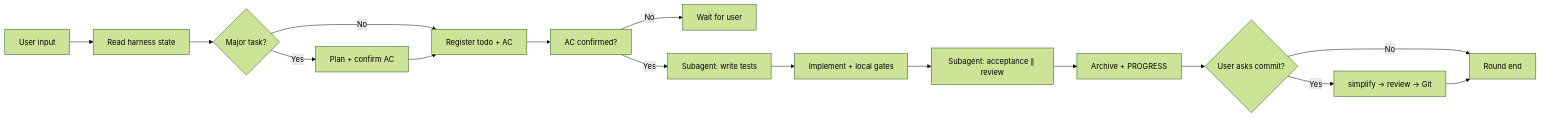
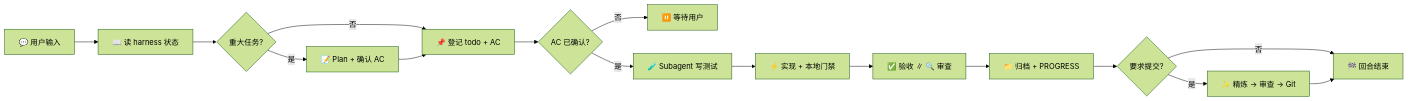
Before and after one commit to HYX-LHJ/mini-harness: the diagram in README.md, drawn with Mermaid (forest theme). The commit also changed other lines of this file and 4 other files, not shown here.

````diff
--- a/README.md
+++ b/README.md
@@ -108,18 +89,18 @@
 ```mermaid
 flowchart LR
-    A["User input"] --> B["Read harness state"]
-    B --> C{"Major task?"}
-    C -->|Yes| D["Plan + confirm AC"]
-    C -->|No| E["Register todo + AC"]
+    A["💬 用户输入"] --> B["📖 读 harness 状态"]
+    B --> C{"重大任务?"}
+    C -->|是| D["📝 Plan + 确认 AC"]
+    C -->|否| E["📌 登记 todo + AC"]
     D --> E
-    E --> F["AC confirmed?"]
-    F -->|No| G["Wait for user"]
-    F -->|Yes| H["Subagent: write tests"]
-    H --> I["Implement + local gates"]
-    I --> J["Subagent: acceptance ∥ review"]
-    J --> K["Archive + PROGRESS"]
-    K --> L{"User asks commit?"}
-    L -->|Yes| M["simplify → review → Git"]
-    L -->|No| N["Round end"]
+    E --> F{"AC 已确认?"}
+    F -->|否| G["⏸️ 等待用户"]
+    F -->|是| H["🧪 Subagent 写测试"]
+    H --> I["⚡ 实现 + 本地门禁"]
+    I --> J["✅ 验收 ∥ 🔍 审查"]
+    J --> K["📁 归档 + PROGRESS"]
+    K --> L{"要求提交?"}
+    L -->|是| M["✨ 精炼 → 审查 → Git"]
+    L -->|否| N["🏁 回合结束"]
     M --> N
 ```
````
